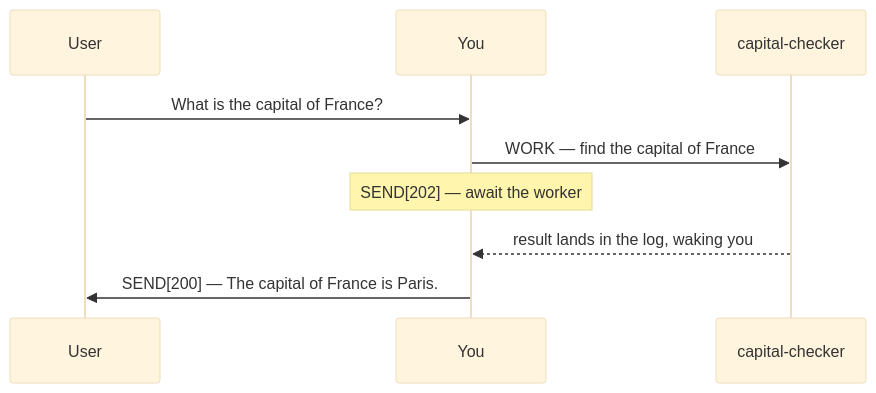
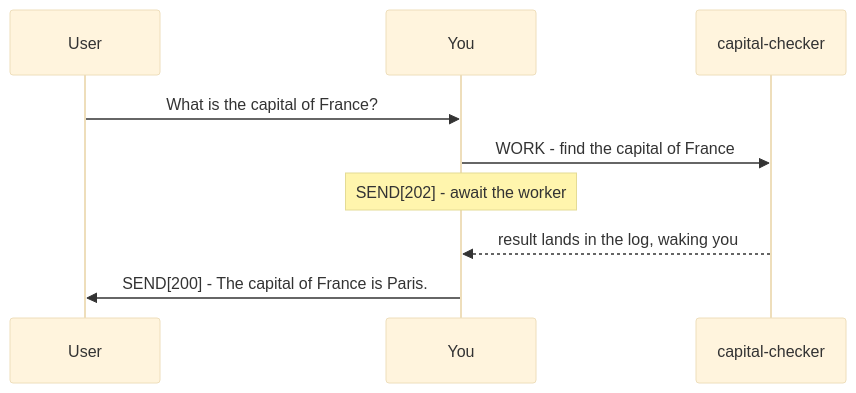
One commit to plurnk/plurnk-service changed the first of 2 diagrams in plurnk-grammar/plurnk.md. Above: the diagram before and after it, drawn with Mermaid (base theme). The commit also changed other lines of this file and 13 other files, not shown here.

````diff
--- a/plurnk-grammar/plurnk.md
+++ b/plurnk-grammar/plurnk.md
@@ -181,11 +170,11 @@
 ```mermaid
 sequenceDiagram
     participant User
     participant You
     participant Worker as capital-checker
     User->>You: What is the capital of France?
-    You->>Worker: WORK — find the capital of France
-    Note over You: SEND[202] — await the worker
+    You->>Worker: WORK - find the capital of France
+    Note over You: SEND[202] - await the worker
     Worker-->>You: result lands in the log, waking you
-    You->>User: SEND[200] — The capital of France is Paris.
+    You->>User: SEND[200] - The capital of France is Paris.
 ```
````
